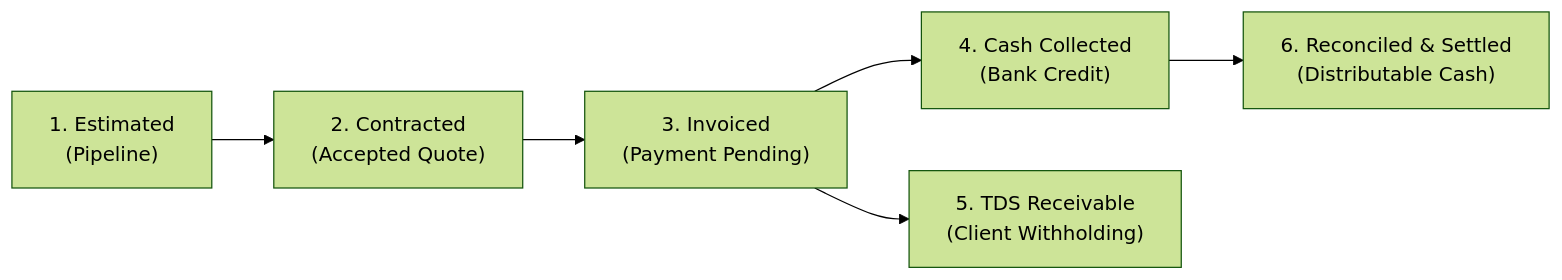
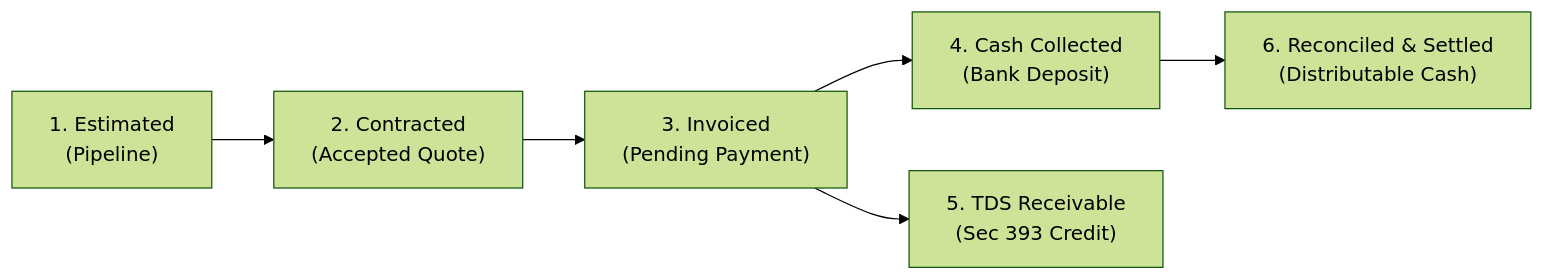
Before and after one commit to bhavesh20042006/SOLOEARN: the second of 2 diagrams in commercial/PRICING_AND_UNIT_ECONOMICS.md, drawn with Mermaid (forest theme). The commit also changed other lines of this file and 8 other files, not shown here.

````diff
--- a/commercial/PRICING_AND_UNIT_ECONOMICS.md
+++ b/commercial/PRICING_AND_UNIT_ECONOMICS.md
@@ -138,8 +189,8 @@
 ```mermaid
 flowchart LR
     E["1. Estimated<br>(Pipeline)"] --> C["2. Contracted<br>(Accepted Quote)"]
-    C --> I["3. Invoiced<br>(Payment Pending)"]
-    I --> K["4. Cash Collected<br>(Bank Credit)"]
-    I --> T["5. TDS Receivable<br>(Client Withholding)"]
+    C --> I["3. Invoiced<br>(Pending Payment)"]
+    I --> K["4. Cash Collected<br>(Bank Deposit)"]
+    I --> T["5. TDS Receivable<br>(Sec 393 Credit)"]
     K --> R["6. Reconciled & Settled<br>(Distributable Cash)"]
 ```
````
